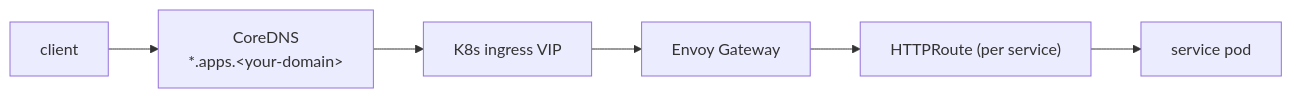
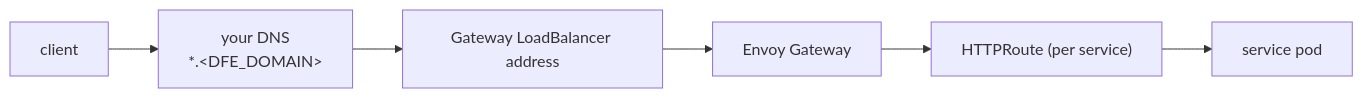
Before and after one commit to hyperi-io/dfe-infra: the second of 2 diagrams in docs/deployment/on-prem.md, drawn with Mermaid. The commit also changed other lines of this file and 4 other files, not shown here.

````diff
--- a/docs/deployment/on-prem.md
+++ b/docs/deployment/on-prem.md
@@ -115,8 +95,8 @@
 ```mermaid
 flowchart LR
-  C["client"] --> D["CoreDNS<br/>*.apps.&lt;your-domain&gt;"]
-  D --> VIP["K8s ingress VIP"]
+  C["client"] --> D["your DNS<br/>*.&lt;DFE_DOMAIN&gt;"]
+  D --> VIP["Gateway LoadBalancer address"]
   VIP --> GW["Envoy Gateway"]
   GW --> R["HTTPRoute (per service)"]
   R --> SVC["service pod"]
 ```
````
